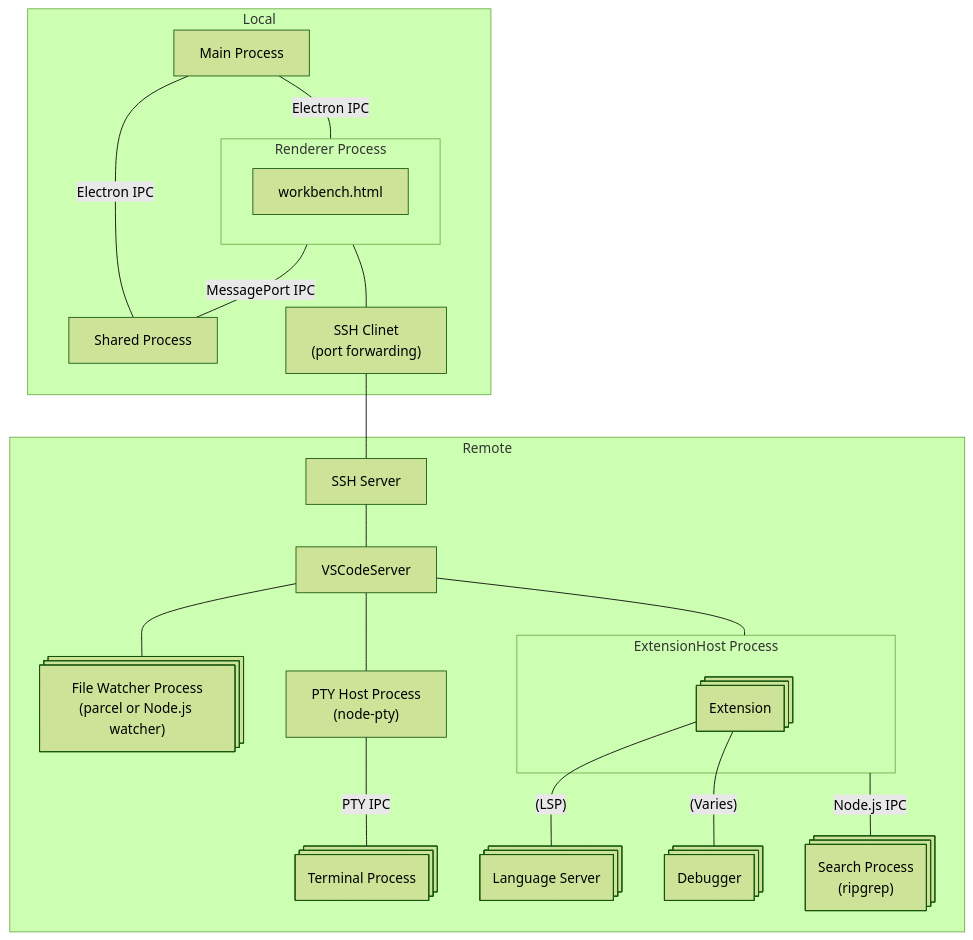
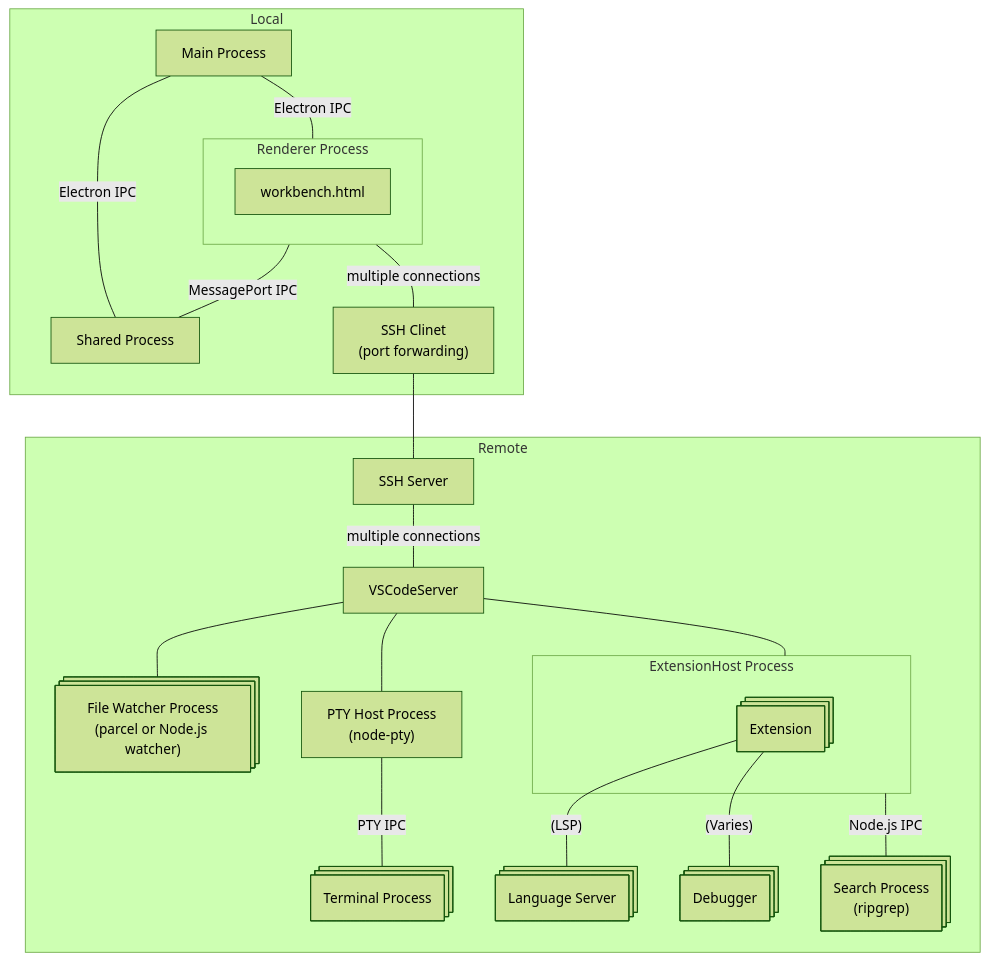
The diagram in dev/memo/arch_of_vscode_remote.md (tamuratak/latex-toybox), drawn with Mermaid (forest theme) before and after one commit.

Commit message:
fixup! fixup! fixup! fixup! fixup! fixup! fixup! fixup! fixup! fixup! fixup! fixup! fixup! feat: Add flowchart diagram for VS Code architecture in arch_of_vscode.md [skip ci]

````diff
--- a/dev/memo/arch_of_vscode_remote.md
+++ b/dev/memo/arch_of_vscode_remote.md
@@ -4,37 +4,37 @@
 ```mermaid
 flowchart TB
     subgraph Local
         MainProcess[Main Process]
         subgraph RendererProcess [Renderer Process]
             workbench.html
         end
         SharedProcess[Shared Process]
         SSHClient@{ label: "SSH Clinet<br/>(port forwarding)" }
     end
     subgraph Remote
         SSHServer@{ label: "SSH Server" }
         VSCodeServer
         subgraph ExtensionHostProcess  [ExtensionHost Process]
             Extension@{ shape: procs }
         end
         SearchProcess@{ shape: procs, label: "Search Process<br/>(ripgrep)" }
         PTYHostProcess@{ label: "PTY Host Process<br/>(node-pty)" }
         TerminalProcess@{ shape: procs, label: "Terminal Process" }
         FileWatcherProcess@{ shape: procs, label: "File Watcher Process<br/>(parcel or Node.js watcher)" }
         LanguageServer@{ shape: procs, label: "Language Server" }
         Debugger@{ shape: procs }
     end
     MainProcess -- Electron IPC --- RendererProcess
     MainProcess -- Electron IPC --- SharedProcess
     RendererProcess -- MessagePort IPC --- SharedProcess
-    RendererProcess --- SSHClient
+    RendererProcess -- multiple connections --- SSHClient
     SSHClient --- SSHServer
-    SSHServer --- VSCodeServer
+    SSHServer -- multiple connections --- VSCodeServer
     VSCodeServer --- ExtensionHostProcess
     VSCodeServer --- FileWatcherProcess
     VSCodeServer --- PTYHostProcess
     PTYHostProcess -- PTY IPC --- TerminalProcess
     ExtensionHostProcess -- Node.js IPC --- SearchProcess
     Extension -- (LSP) --- LanguageServer
     Extension -- (Varies) --- Debugger
 ```
````
